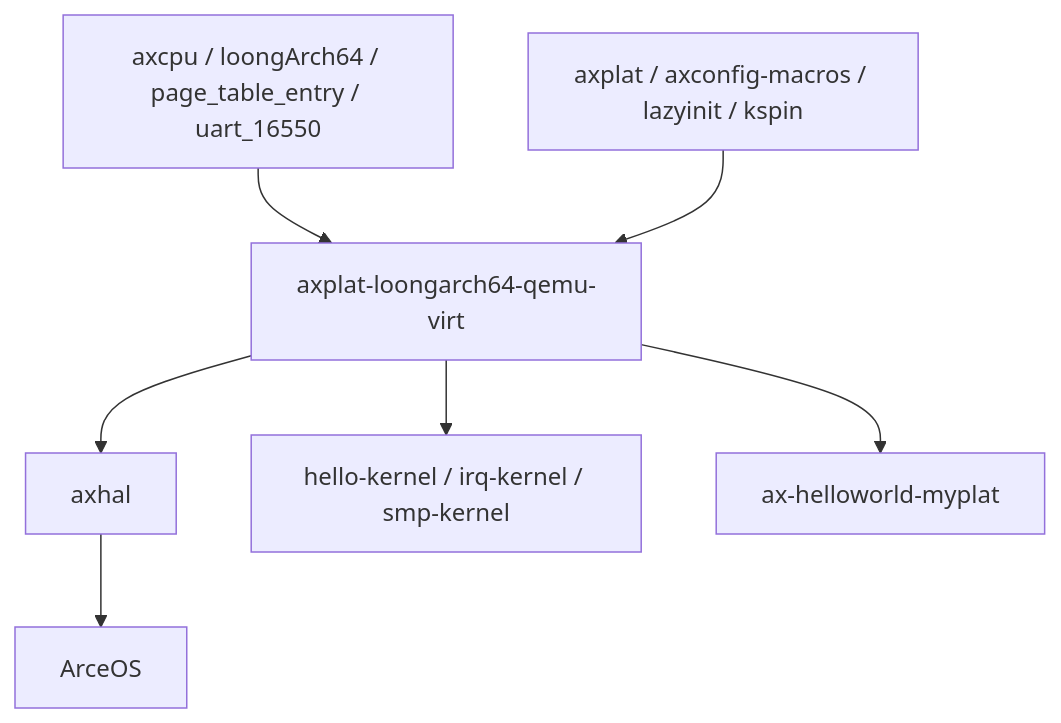
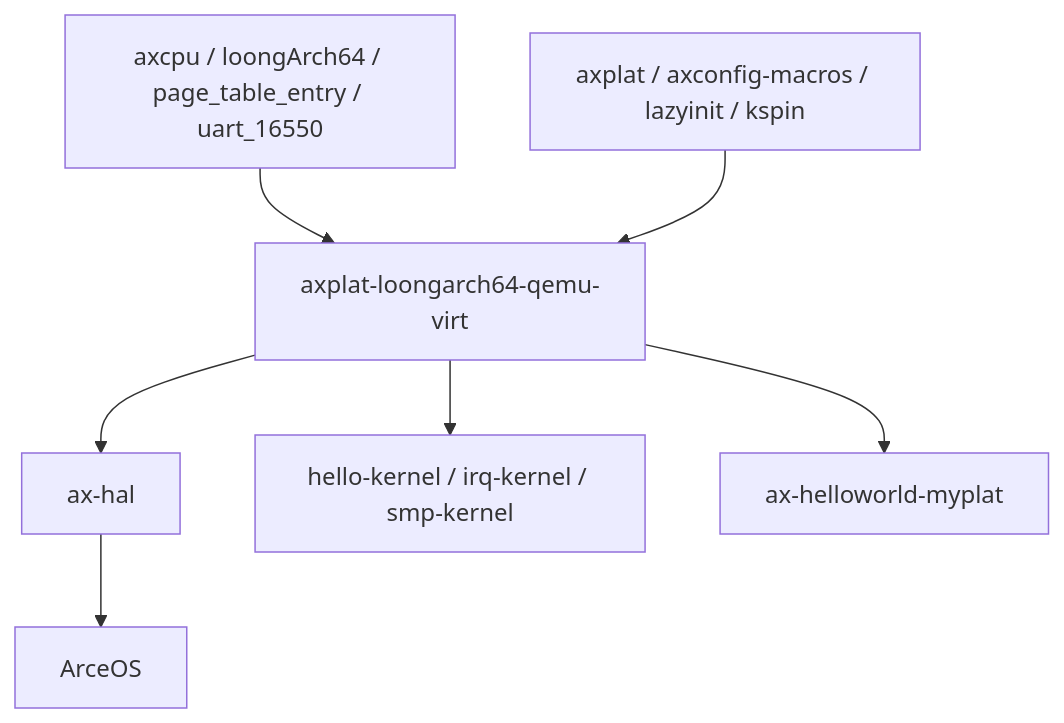
The second of 2 diagrams in docs/crates/axplat-loongarch64-qemu-virt.md (zKurisu/tgoskits), drawn with Mermaid before and after one commit. The commit also changed other lines of this file and 158 other files, not shown here.

Commit message:
rename axhal to ax-hal

````diff
--- a/docs/crates/axplat-loongarch64-qemu-virt.md
+++ b/docs/crates/axplat-loongarch64-qemu-virt.md
@@ -189,9 +189,9 @@
 ```mermaid
 graph TD
     A[axcpu / loongArch64 / page_table_entry / uart_16550] --> B[axplat-loongarch64-qemu-virt]
     C[axplat / axconfig-macros / lazyinit / kspin] --> B
-    B --> D[axhal]
+    B --> D[ax-hal]
     B --> E[hello-kernel / irq-kernel / smp-kernel]
     B --> F[ax-helloworld-myplat]
     D --> G[ArceOS]
 ```
````
